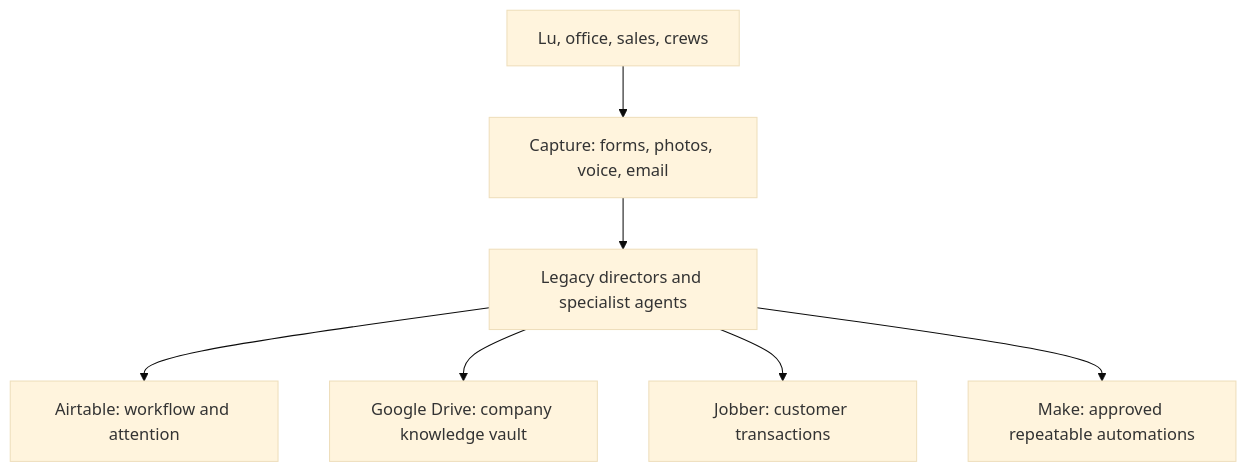
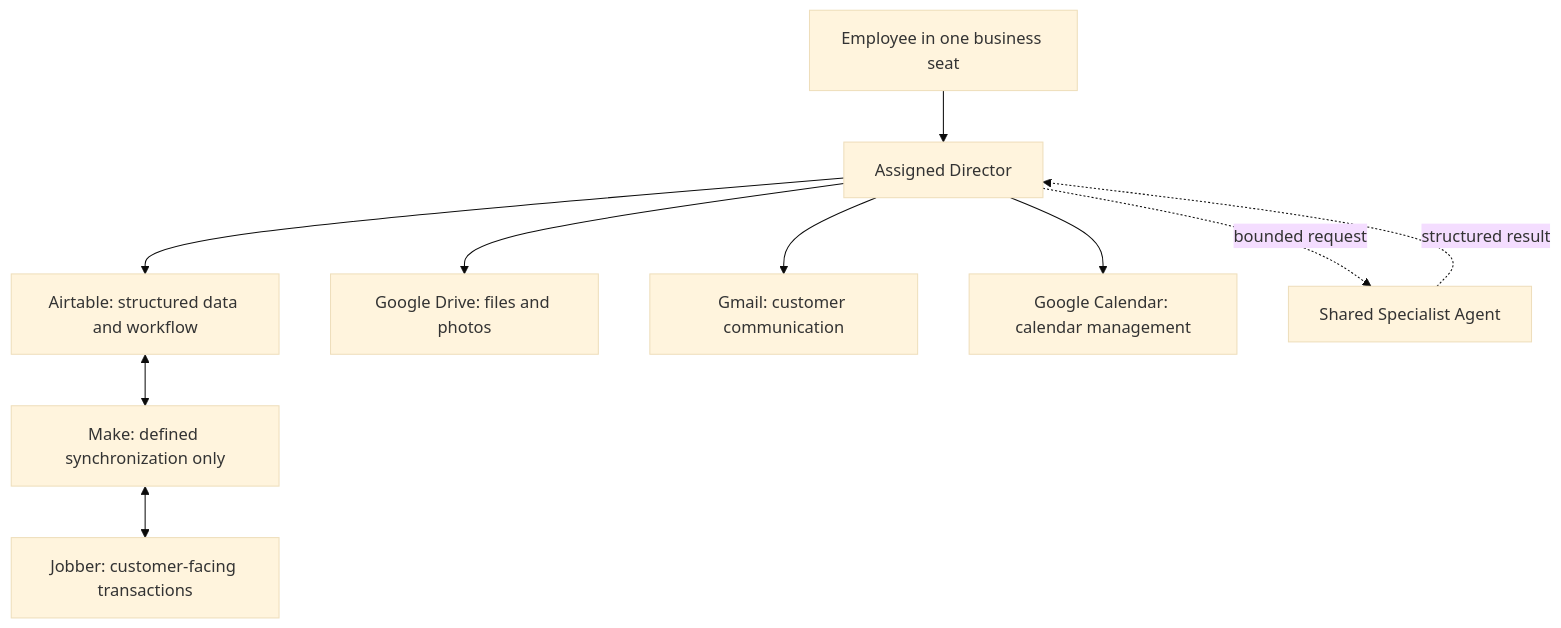
Before and after one commit to legacy-ux/legacy-hub: the diagram in docs/ARCHITECTURE.md, drawn with Mermaid (base theme). The commit also changed other lines of this file, not shown here.

Commit message:
Document authoritative Legacy v1 operating model

````diff
--- a/docs/ARCHITECTURE.md
+++ b/docs/ARCHITECTURE.md
@@ -7,9 +7,12 @@
 ```mermaid
 flowchart TB
-    People["Lu, office, sales, crews"] --> Capture["Capture: forms, photos, voice, email"]
-    Capture --> Directors["Legacy directors and specialist agents"]
-    Directors --> Airtable["Airtable: workflow and attention"]
-    Directors --> Drive["Google Drive: company knowledge vault"]
-    Directors --> Jobber["Jobber: customer transactions"]
-    Directors --> Make["Make: approved repeatable automations"]
+    Employee["Employee in one business seat"] --> Director["Assigned Director"]
+    Director --> Airtable["Airtable: structured data and workflow"]
+    Director --> Drive["Google Drive: files and photos"]
+    Director --> Gmail["Gmail: customer communication"]
+    Director --> Calendar["Google Calendar: calendar management"]
+    Director -. "bounded request" .-> Specialist["Shared Specialist Agent"]
+    Specialist -. "structured result" .-> Director
+    Airtable <--> Make["Make: defined synchronization only"]
+    Make <--> Jobber["Jobber: customer-facing transactions"]
 ```
````
